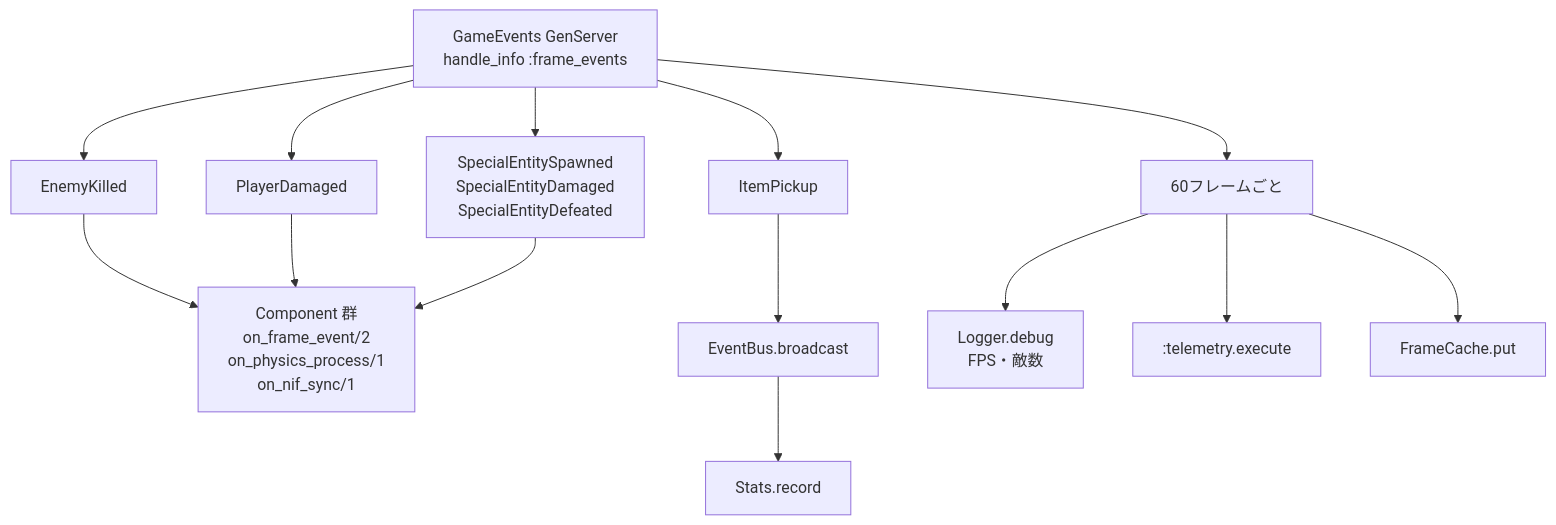
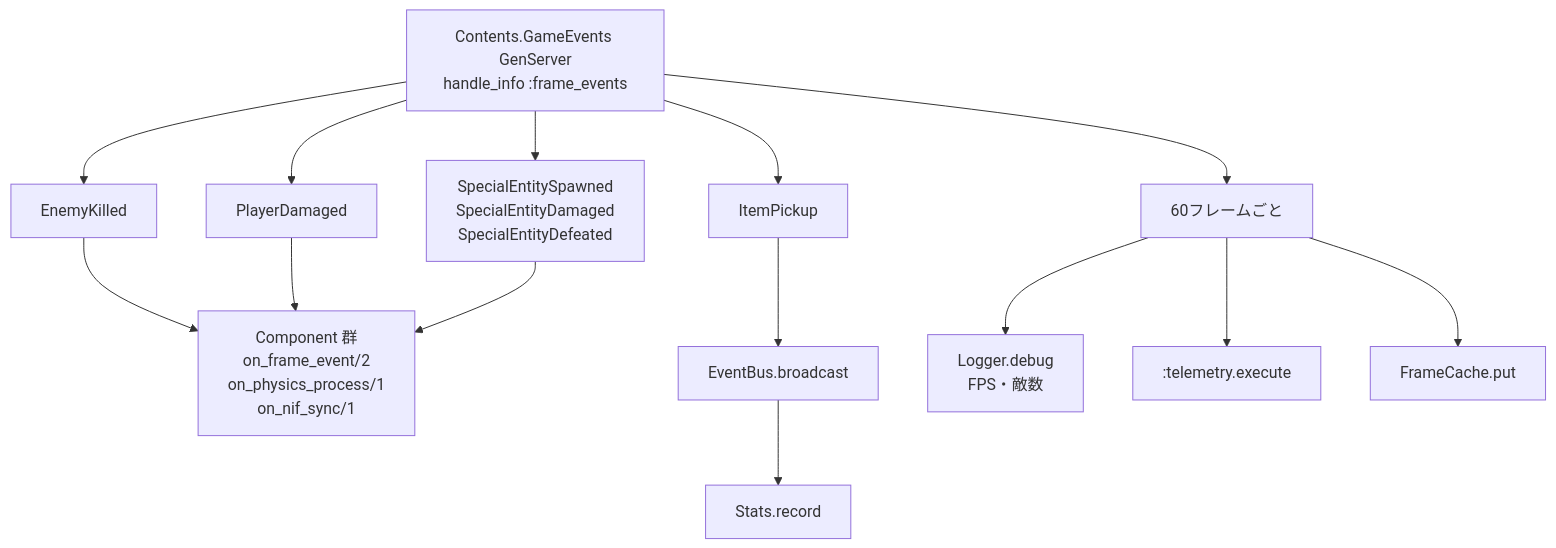
The third of 12 diagrams in docs/data-flow.md (FRICK-ELDY/alchemy-engine), drawn with Mermaid before and after one commit. The commit also changed other lines of this file and 8 other files, not shown here.

Commit message:
refactor: migrate GameEvents to contents and update docs

````diff
--- a/docs/data-flow.md
+++ b/docs/data-flow.md
@@ -68,24 +68,24 @@
 ```mermaid
 flowchart TD
-    GEV[GameEvents GenServer\nhandle_info :frame_events]
+    GEV[Contents.GameEvents GenServer\nhandle_info :frame_events]
     EK[EnemyKilled]
     PD[PlayerDamaged]
     SE[SpecialEntitySpawned\nSpecialEntityDamaged\nSpecialEntityDefeated]
     IP[ItemPickup]
     PER[60フレームごと]
 
     COMP[Component 群\non_frame_event/2\non_physics_process/1\non_nif_sync/1]
     EB[EventBus.broadcast]
     ST[Stats.record]
     LOG[Logger.debug\nFPS・敵数]
     TEL[:telemetry.execute]
     FC[FrameCache.put]
 
     GEV --> EK --> COMP
     GEV --> PD --> COMP
     GEV --> SE --> COMP
     GEV --> IP --> EB --> ST
     GEV --> PER --> LOG
     PER --> TEL
     PER --> FC
 ```
````
